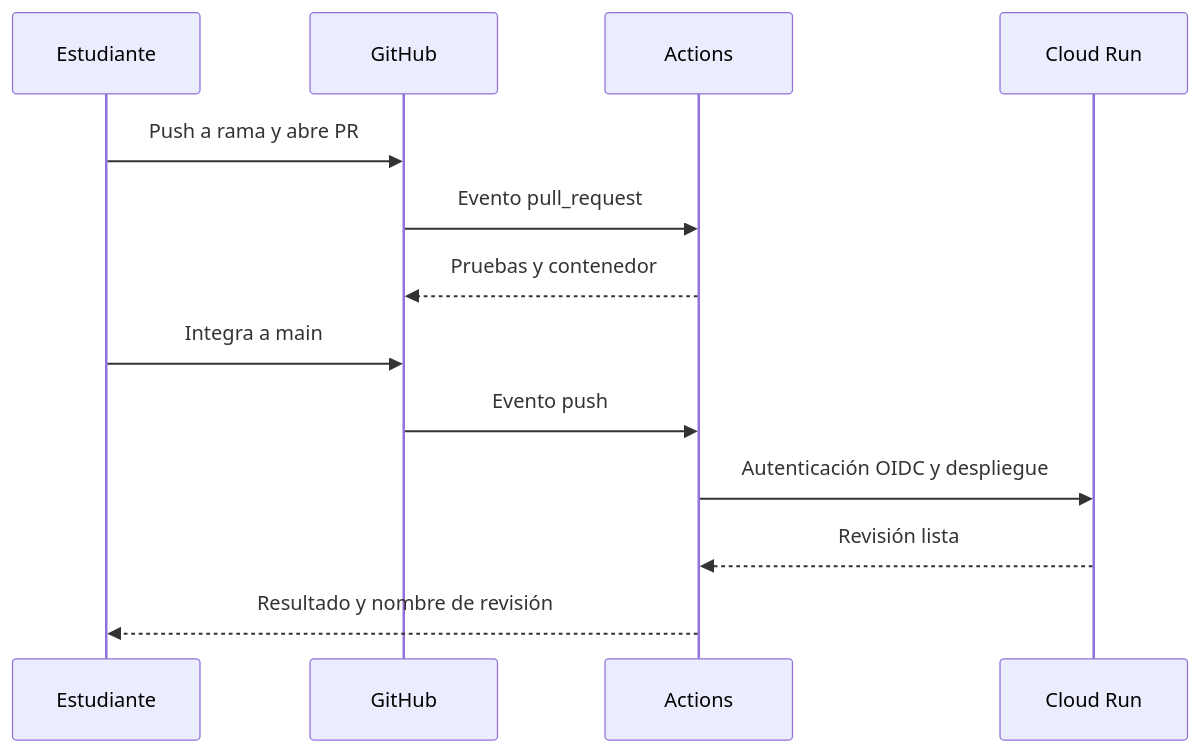
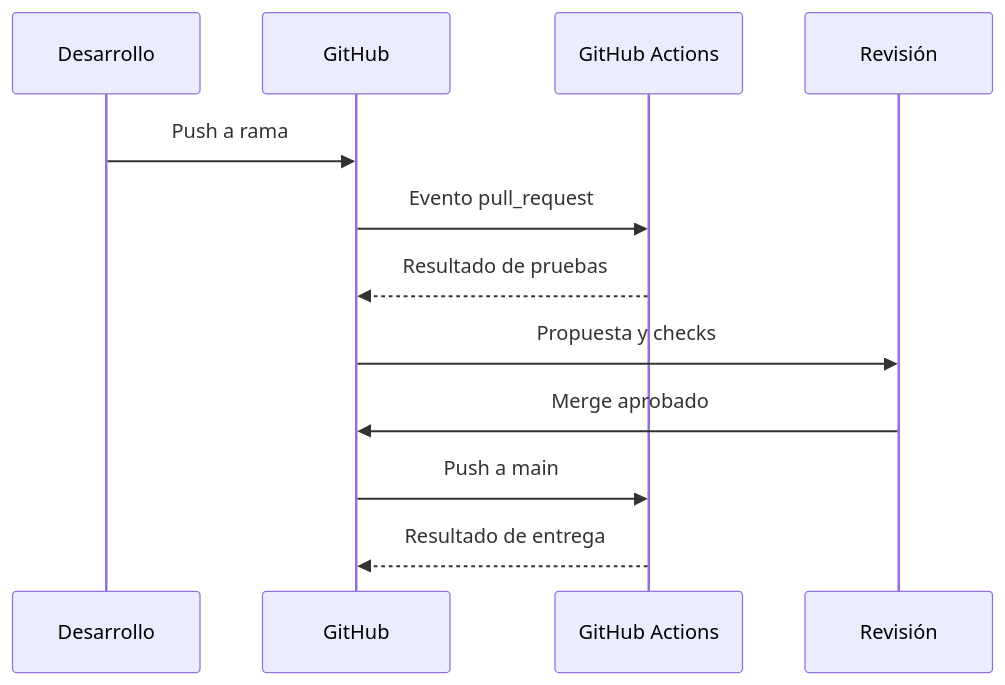
One commit to adanbeltran/programacion4 changed the diagram in README.md. Above: the diagram before and after it, drawn with Mermaid. The commit also changed other lines of this file and 3 other files, not shown here.

````diff
--- a/README.md
+++ b/README.md
@@ -656,15 +49,14 @@
-~~~mermaid
+```mermaid
 sequenceDiagram
-    participant E as Estudiante
+    participant D as Desarrollo
     participant G as GitHub
-    participant A as Actions
-    participant C as Cloud Run
-    E->>G: Push a rama y abre PR
+    participant A as GitHub Actions
+    participant R as Revisión
+    D->>G: Push a rama
     G->>A: Evento pull_request
-    A-->>G: Pruebas y contenedor
-    E->>G: Integra a main
-    G->>A: Evento push
-    A->>C: Autenticación OIDC y despliegue
-    C-->>A: Revisión lista
-    A-->>E: Resultado y nombre de revisión
-~~~
+    A-->>G: Resultado de pruebas
+    G->>R: Propuesta y checks
+    R->>G: Merge aprobado
+    G->>A: Push a main
+    A-->>G: Resultado de entrega
+```
````
